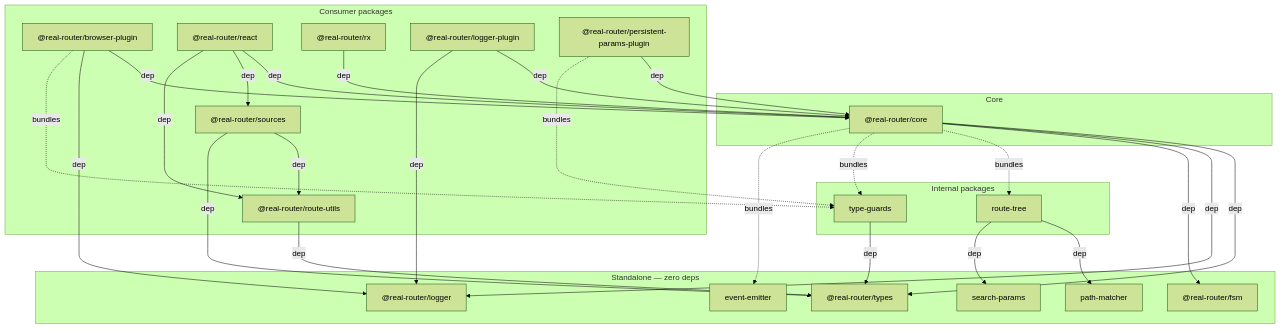
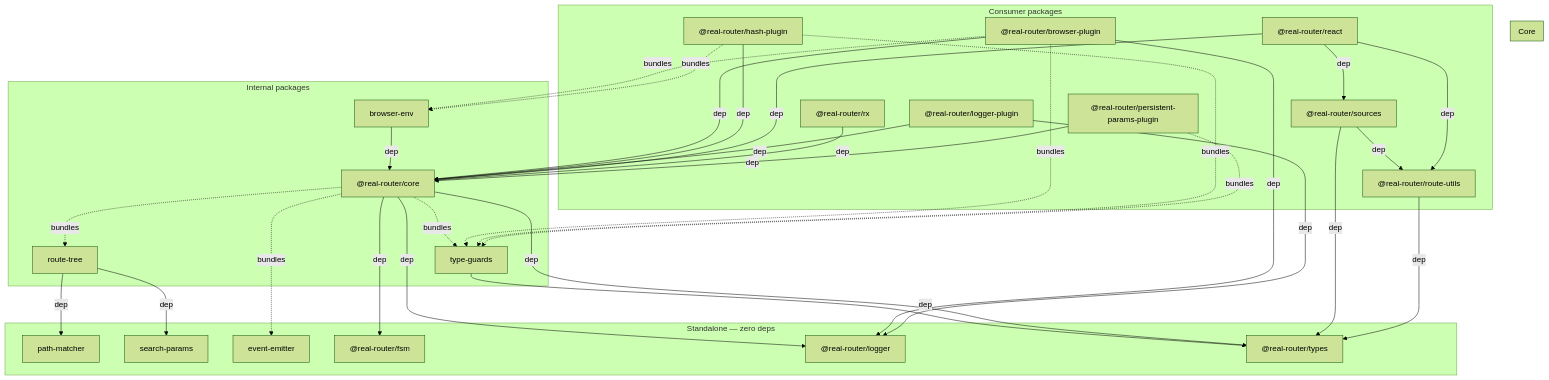
The first of 2 diagrams in ARCHITECTURE.md (greydragon888/real-router), drawn with Mermaid (forest theme) before and after one commit. The commit also changed other lines of this file and 79 other files, not shown here.

Commit message:
feat(hash-plugin)!: extract hash routing into standalone package (#234) (#235)

````diff
--- a/ARCHITECTURE.md
+++ b/ARCHITECTURE.md
@@ -30,59 +32,66 @@
 ```mermaid
 graph TD
     subgraph standalone [Standalone — zero deps]
         PM[path-matcher]
         SP[search-params]
         EE[event-emitter]
         FSM["@real-router/fsm"]
         LOG["@real-router/logger"]
         TYPES["@real-router/types"]
     end
 
     subgraph internal [Internal packages]
         TG[type-guards] -->|dep| TYPES
         RT[route-tree] -->|dep| PM
         RT -->|dep| SP
+        BE[browser-env] -->|dep| CORE
     end
 
     subgraph core [Core]
         CORE["@real-router/core"]
     end
 
     CORE -->|dep| TYPES
     CORE -->|dep| LOG
     CORE -->|dep| FSM
     CORE -.->|bundles| RT
     CORE -.->|bundles| TG
     CORE -.->|bundles| EE
 
     subgraph consumers [Consumer packages]
         BP["@real-router/browser-plugin"]
+        HP["@real-router/hash-plugin"]
         SOURCES["@real-router/sources"]
         REACT["@real-router/react"]
         RX["@real-router/rx"]
         LP["@real-router/logger-plugin"]
         PPP["@real-router/persistent-params-plugin"]
         ROUTEUTILS["@real-router/route-utils"]
     end
 
     BP -->|dep| CORE
     BP -->|dep| LOG
     BP -.->|bundles| TG
+    BP -.->|bundles| BE
+
+    HP -->|dep| CORE
+    HP -.->|bundles| TG
+    HP -.->|bundles| BE
 
     LP -->|dep| CORE
     LP -->|dep| LOG
 
     SOURCES -->|dep| ROUTEUTILS
     SOURCES -->|dep| TYPES
 
     REACT -->|dep| CORE
     REACT -->|dep| SOURCES
     REACT -->|dep| ROUTEUTILS
 
     RX -->|dep| CORE
 
     PPP -->|dep| CORE
     PPP -.->|bundles| TG
 
     ROUTEUTILS -->|dep| TYPES
 ```
````
